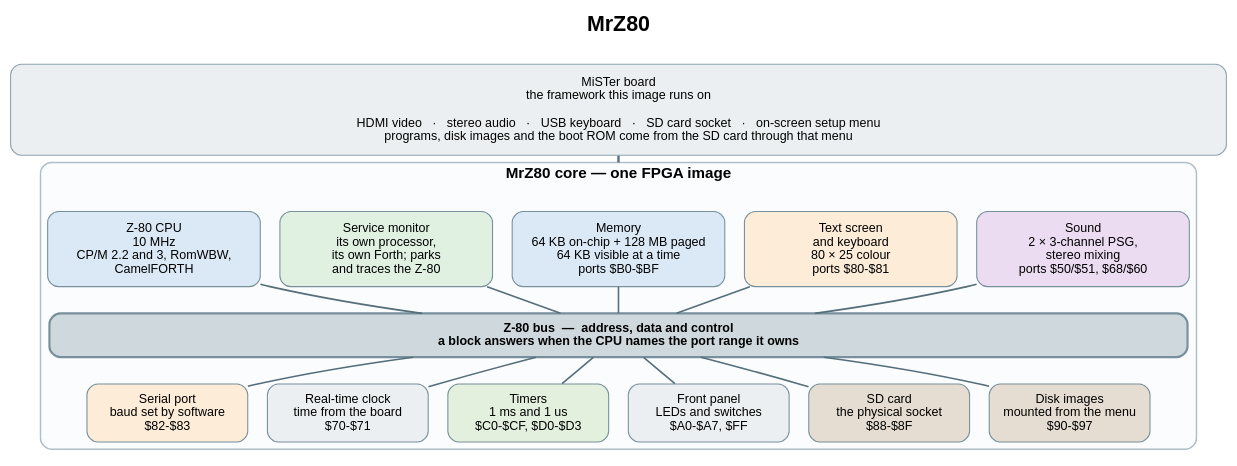
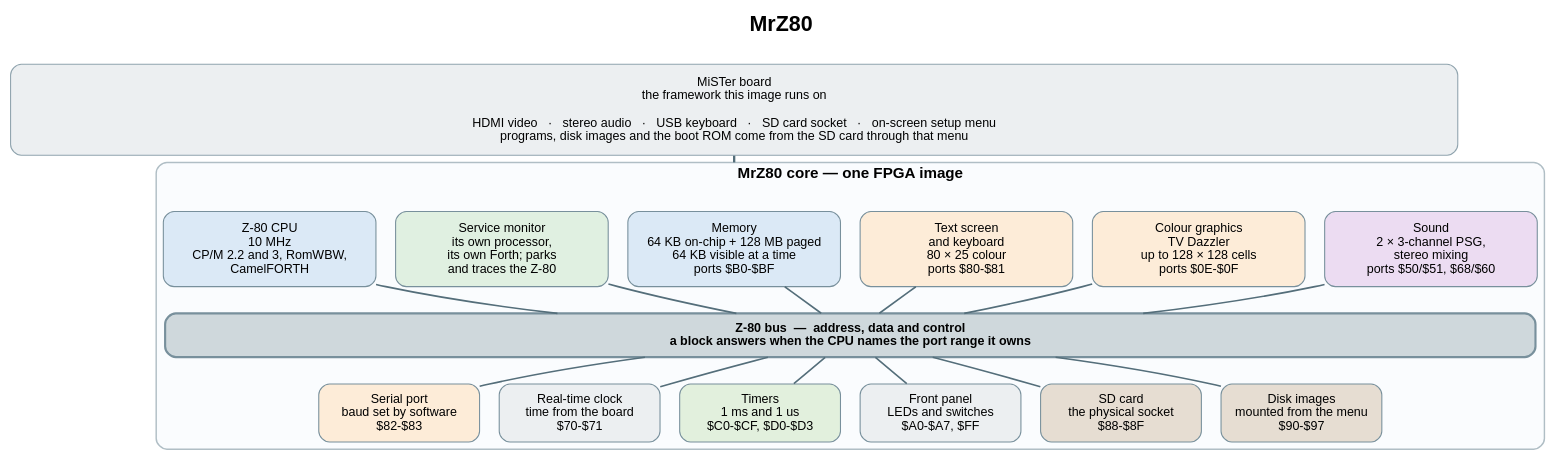
The diagram in doc/architecture/block.dot (lmamakos/MrZ80), drawn with Graphviz before and after one commit. The commit also changed 5 other files, not shown here.

First line of the commit message:
docs: Dazzler in the port table, architecture diagram and status pages

```diff
--- a/doc/architecture/block.dot
+++ b/doc/architecture/block.dot
@@ -1,100 +1,103 @@
 // block.dot -- the high-level view of MrZ80: the major functional blocks on
 // one interconnect.  The only implementation detail here is the I/O ports and
 // the memory ranges, because those are what a user needs.
 //
 // Regenerate:  make -C doc/architecture
 //
 // Layout notes (graphviz):
 //   * the container must be named cluster* to draw a box around the core, and
 //     compound=true lets the link from the board stop at that border instead of
 //     reaching through to a node inside it;
 //   * each row is held level with rank=same and ordered left-to-right by
 //     invisible edges;
 //   * blocks in a row share a fixed size, which is what keeps the rows tidy.
 //     fixedsize means text longer than the box would overflow it, so if you
 //     lengthen a label, re-check the rendered image (or raise the width).
 
 digraph MrZ80 {
 
     graph [rankdir   = TB,
            compound   = true,
            ranksep    = 0.42,
            nodesep    = 0.3,
            fontname   = "Helvetica-Bold",
            fontsize   = 24,
            labelloc   = "t",
            label      = "MrZ80\n "];
 
     node [shape = box, style = "rounded,filled", fontname = "Helvetica",
           fontsize = 14, penwidth = 1.2, color = "#78909c", fixedsize = true];
     edge [penwidth = 1.8, color = "#546e7a", arrowhead = none,
           fontname = "Helvetica", fontsize = 12];
 
     // --------------------------------------------------------------------
     // the rest of the board, which this FPGA image depends on
     // --------------------------------------------------------------------
-    board [shape = box, fixedsize = true, width = 18.9, height = 1.42,
+    board [shape = box, fixedsize = true, width = 22.5, height = 1.42,
            label = "MiSTer board\nthe framework this image runs on\n\nHDMI video   ·   stereo audio   ·   USB keyboard   ·   SD card socket   ·   on-screen setup menu\nprograms, disk images and the boot ROM come from the SD card through that menu",
            fillcolor = "#eceff1", color = "#90a4ae"];
 
     // --------------------------------------------------------------------
     // the FPGA image
     // --------------------------------------------------------------------
     subgraph cluster_core {
         label     = "MrZ80 core — one FPGA image\n\n";
         fontname  = "Helvetica-Bold";
         fontsize  = 17;
         color     = "#b0bec5";
         style     = "rounded";
         bgcolor   = "#fafcfe";
         penwidth  = 1.6;
 
         // blocks on the far side of the bus
         cpu [label = "Z-80 CPU\n10 MHz\nCP/M 2.2 and 3, RomWBW,\nCamelFORTH", fillcolor = "#dbe9f6",
              width = 3.3, height = 1.16];
         ssp [label = "Service monitor\nits own processor,\nits own Forth; parks\nand traces the Z-80", fillcolor = "#e0f0e1",
              width = 3.3, height = 1.16];
         mem [label = "Memory\n64 KB on-chip + 128 MB paged\n64 KB visible at a time\nports $B0-$BF", fillcolor = "#dbe9f6",
              width = 3.3, height = 1.16];
         vdu [label = "Text screen\nand keyboard\n80 × 25 colour\nports $80-$81", fillcolor = "#fdecd8",
              width = 3.3, height = 1.16];
+        daz [label = "Colour graphics\nTV Dazzler\nup to 128 × 128 cells\nports $0E-$0F", fillcolor = "#fdecd8",
+             width = 3.3, height = 1.16];
         snd [label = "Sound\n2 × 3-channel PSG,\nstereo mixing\nports $50/$51, $68/$60", fillcolor = "#ecdcf2",
              width = 3.3, height = 1.16];
 
         // the common interconnect
         bus [label = "Z-80 bus  —  address, data and control\na block answers when the CPU names the port range it owns",
-             fixedsize = true, width = 17.7, height = 0.68,
+             fixedsize = true, width = 21.3, height = 0.68,
              fillcolor = "#cfd8dc", color = "#78909c", penwidth = 2.4,
              fontname = "Helvetica-Bold", fontsize = 14];
 
         // blocks on the near side of the bus
         sio [label = "Serial port\nbaud set by software\n$82-$83", fillcolor = "#fdecd8",
              width = 2.5, height = 0.9];
         rtc [label = "Real-time clock\ntime from the board\n$70-$71", fillcolor = "#eceff1",
              width = 2.5, height = 0.9];
         tim [label = "Timers\n1 ms and 1 us\n$C0-$CF, $D0-$D3", fillcolor = "#e2f0dd",
              width = 2.5, height = 0.9];
         led [label = "Front panel\nLEDs and switches\n$A0-$A7, $FF", fillcolor = "#eceff1",
              width = 2.5, height = 0.9];
         sd  [label = "SD card\nthe physical socket\n$88-$8F", fillcolor = "#e6ddd2",
              width = 2.5, height = 0.9];
         dsk [label = "Disk images\nmounted from the menu\n$90-$97", fillcolor = "#e6ddd2",
              width = 2.5, height = 0.9];
 
-        cpu -> bus;   ssp -> bus;   mem -> bus;   vdu -> bus;   snd -> bus;
+        cpu -> bus;   ssp -> bus;   mem -> bus;   vdu -> bus;   daz -> bus;   snd -> bus;
         bus -> sio;   bus -> rtc;   bus -> tim;   bus -> led;   bus -> sd; bus -> dsk;
 
         // left-to-right order along each row
         cpu -> ssp [style = invis, weight = 10];  ssp -> mem [style = invis, weight = 10];
-        mem -> vdu [style = invis, weight = 10];  vdu -> snd [style = invis, weight = 10];
+        mem -> vdu [style = invis, weight = 10];  vdu -> daz [style = invis, weight = 10];
+        daz -> snd [style = invis, weight = 10];
         sio -> rtc [style = invis, weight = 10];  rtc -> tim [style = invis, weight = 10];
         tim -> led [style = invis, weight = 10];  led -> sd  [style = invis, weight = 10];
         sd  -> dsk [style = invis, weight = 10];
 
-        { rank = same; cpu; ssp; mem; vdu; snd; }
+        { rank = same; cpu; ssp; mem; vdu; daz; snd; }
         { rank = same; sio; rtc; tim; led; sd; dsk; }
     }
 
     // the link stops at the core's border
     board -> mem [lhead = cluster_core, penwidth = 2.6];
 }
```
